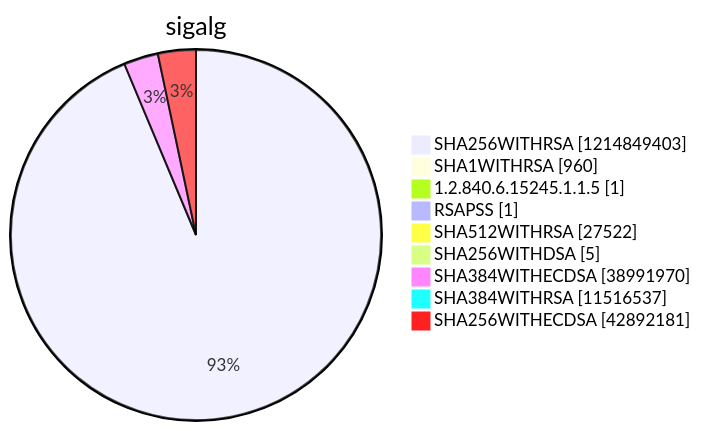
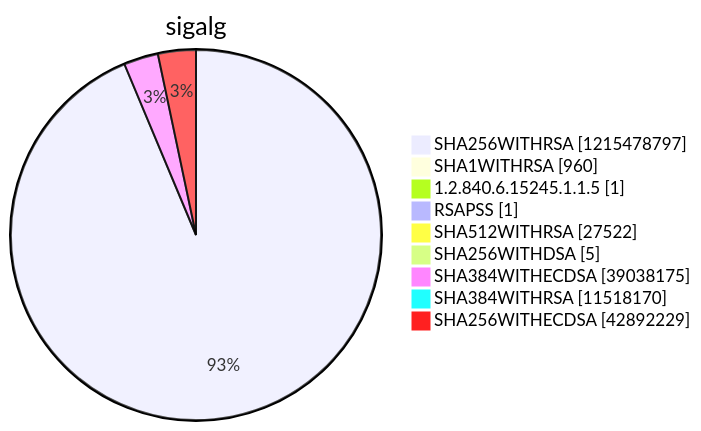
One commit to christiankrug/ctmonitor_visualization changed diagram 15 of 15 in argon2022/README.md. Above: the diagram before and after it, drawn with Mermaid. The commit also changed other lines of this file, not shown here.

````diff
--- a/argon2022/README.md
+++ b/argon2022/README.md
@@ -5521,13 +5521,13 @@
 ```mermaid
 pie showData
 title sigalg
-"SHA256WITHRSA" :1214849403
+"SHA256WITHRSA" :1215478797
 "SHA1WITHRSA" :960
 "1.2.840.6.15245.1.1.5" :1
 "RSAPSS" :1
 "SHA512WITHRSA" :27522
 "SHA256WITHDSA" :5
-"SHA384WITHECDSA" :38991970
-"SHA384WITHRSA" :11516537
-"SHA256WITHECDSA" :42892181
+"SHA384WITHECDSA" :39038175
+"SHA384WITHRSA" :11518170
+"SHA256WITHECDSA" :42892229
 ```
````
